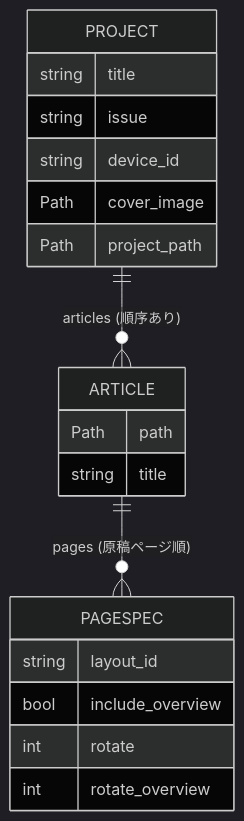
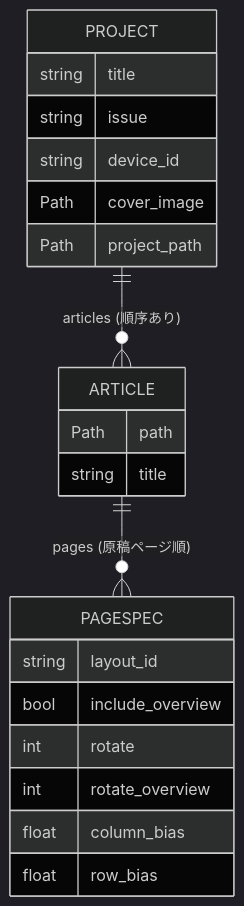
Before and after one commit to tatsumi888/InkFlow: the second of 5 diagrams in docs/functional-design.md, drawn with Mermaid (dark theme). The commit also changed other lines of this file and 22 other files, not shown here.

````diff
--- a/docs/functional-design.md
+++ b/docs/functional-design.md
@@ -95,22 +98,24 @@
 ```mermaid
 erDiagram
     PROJECT ||--o{ ARTICLE : "articles (順序あり)"
     ARTICLE ||--o{ PAGESPEC : "pages (原稿ページ順)"
     PROJECT {
         string title
         string issue
         string device_id
         Path cover_image
         Path project_path
     }
     ARTICLE {
         Path path
         string title
     }
     PAGESPEC {
         string layout_id
         bool include_overview
         int rotate
         int rotate_overview
+        float column_bias
+        float row_bias
     }
 ```
````
